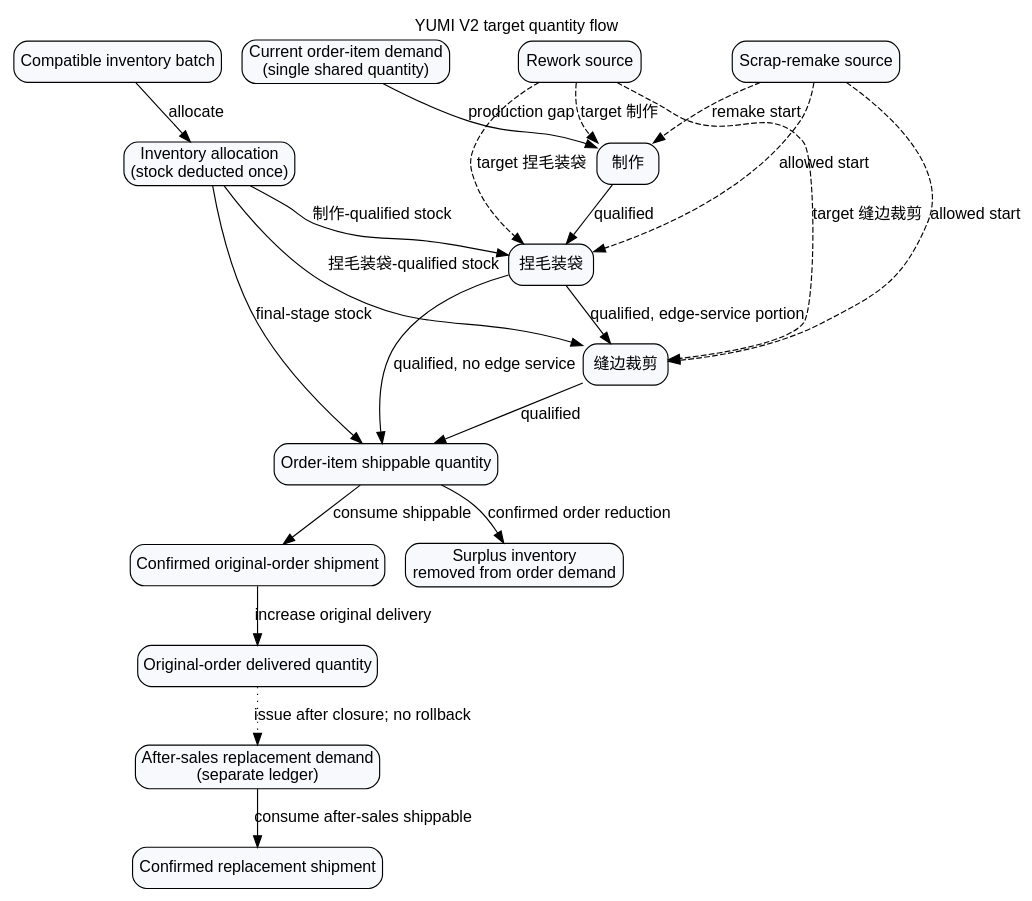
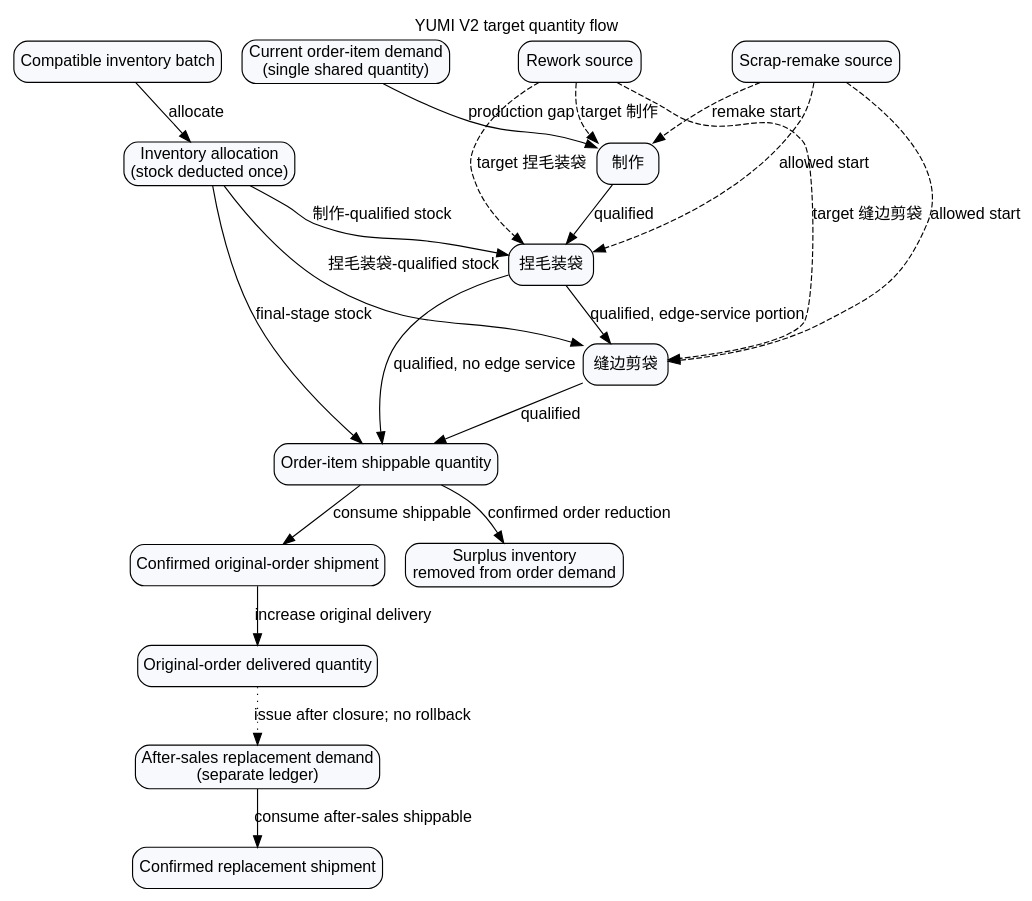
The diagram in docs/architecture/quantity-flow.dot (315538867/YUMI-V2), drawn with Graphviz before and after one commit. The commit also changed 202 other files, not shown here.

```diff
--- a/docs/architecture/quantity-flow.dot
+++ b/docs/architecture/quantity-flow.dot
@@ -1,46 +1,46 @@
 digraph YumiQuantityFlow {
   graph [rankdir=TB, fontname="Arial", label="YUMI V2 target quantity flow", labelloc=t];
   node [shape=box, style="rounded,filled", fillcolor="#F7F9FC", fontname="Arial"];
   edge [fontname="Arial"];
 
   orderDemand [label="Current order-item demand\n(single shared quantity)"];
   make [label="制作"];
   bag [label="捏毛装袋"];
-  edgeWork [label="缝边裁剪"];
+  edgeWork [label="缝边剪袋"];
   shippable [label="Order-item shippable quantity"];
   shipment [label="Confirmed original-order shipment"];
   customer [label="Original-order delivered quantity"];
 
   inventory [label="Compatible inventory batch"];
   inventoryAllocation [label="Inventory allocation\n(stock deducted once)"];
   rework [label="Rework source"];
   remake [label="Scrap-remake source"];
 
   surplus [label="Surplus inventory\nremoved from order demand"];
   afterSales [label="After-sales replacement demand\n(separate ledger)"];
   replacement [label="Confirmed replacement shipment"];
 
   orderDemand -> make [label="production gap"];
   make -> bag [label="qualified"];
   bag -> shippable [label="qualified, no edge service"];
   bag -> edgeWork [label="qualified, edge-service portion"];
   edgeWork -> shippable [label="qualified"];
   shippable -> shipment [label="consume shippable"];
   shipment -> customer [label="increase original delivery"];
 
   inventory -> inventoryAllocation [label="allocate"];
   inventoryAllocation -> bag [label="制作-qualified stock"];
   inventoryAllocation -> edgeWork [label="捏毛装袋-qualified stock"];
   inventoryAllocation -> shippable [label="final-stage stock"];
 
   rework -> make [style=dashed, label="target 制作"];
   rework -> bag [style=dashed, label="target 捏毛装袋"];
-  rework -> edgeWork [style=dashed, label="target 缝边裁剪"];
+  rework -> edgeWork [style=dashed, label="target 缝边剪袋"];
   remake -> make [style=dashed, label="remake start"];
   remake -> bag [style=dashed, label="allowed start"];
   remake -> edgeWork [style=dashed, label="allowed start"];
 
   shippable -> surplus [label="confirmed order reduction"];
   customer -> afterSales [style=dotted, label="issue after closure; no rollback"];
   afterSales -> replacement [label="consume after-sales shippable"];
 }
```
